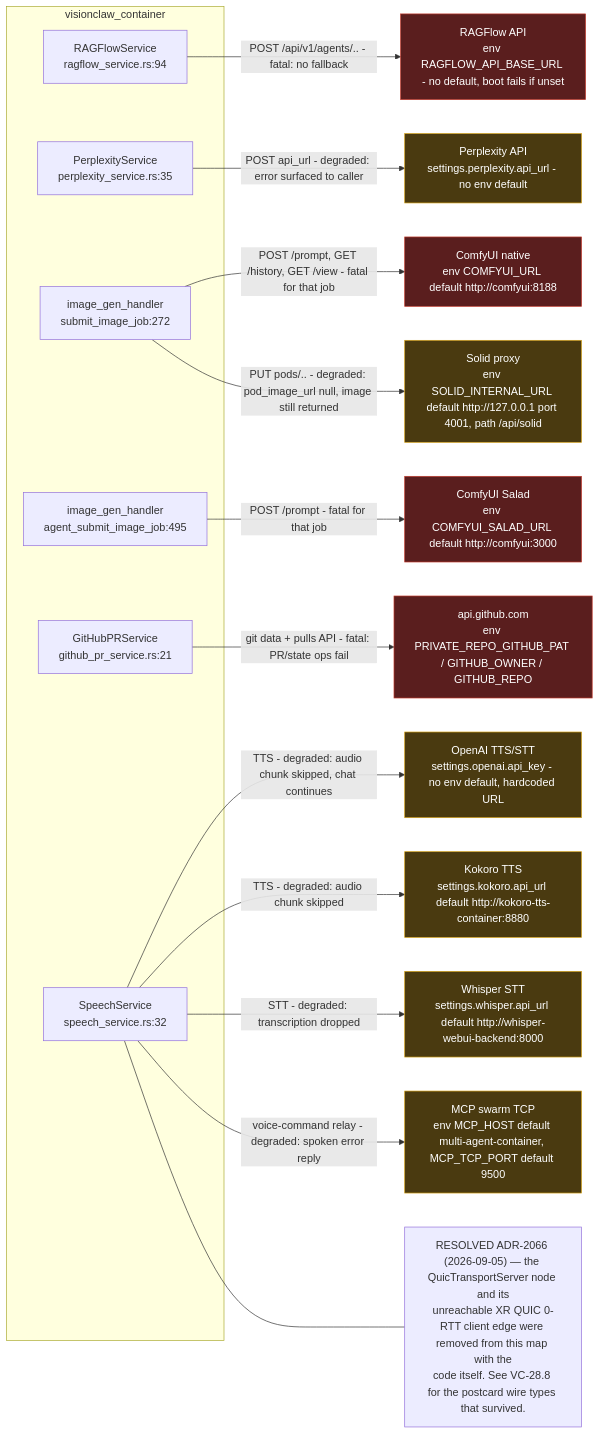
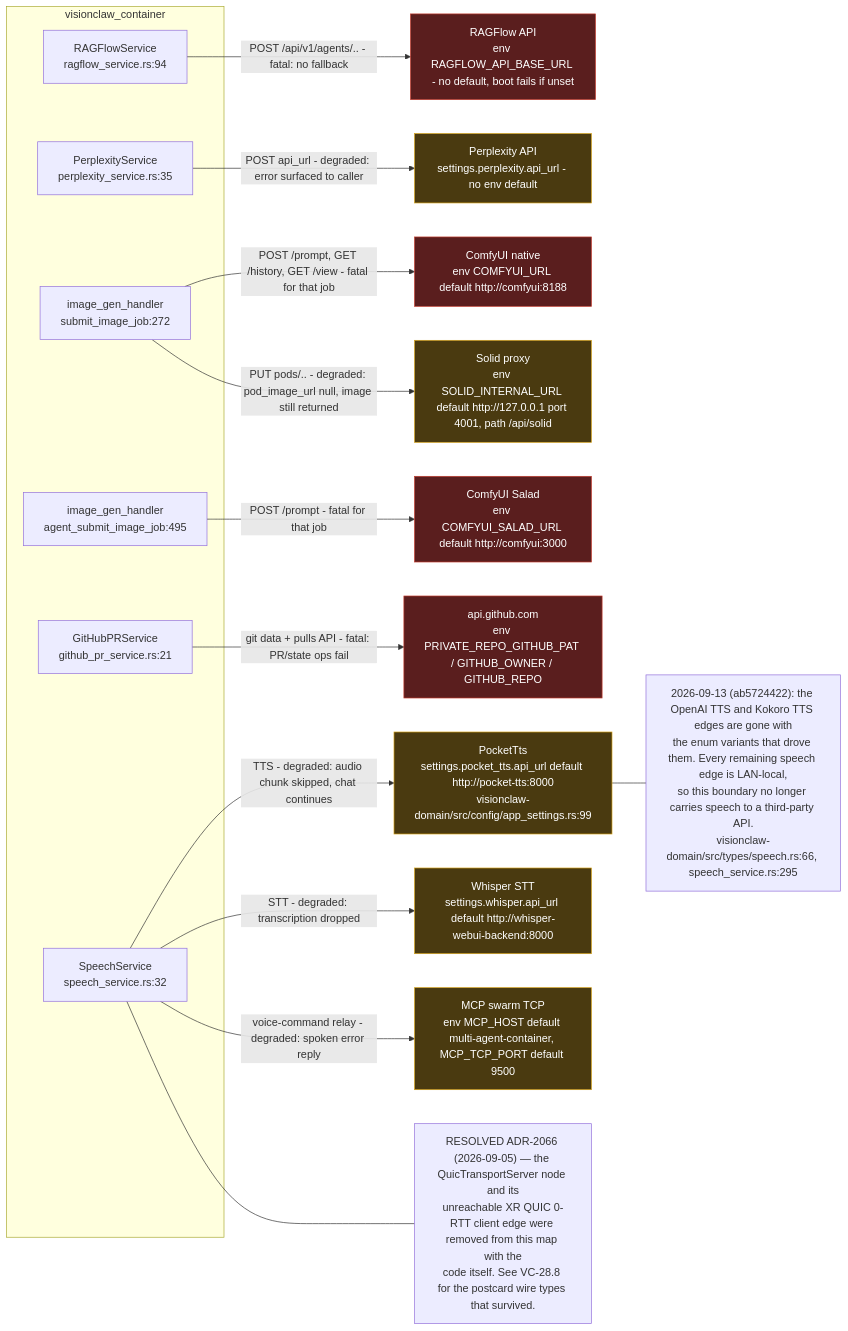
One commit to DreamLab-AI/VisionFlow changed the ninth of 9 diagrams in docs/diagrams/visionclaw/28-external-services.md. Above: the diagram before and after it, drawn with Mermaid. The commit also changed other lines of this file and 32 other files, not shown here.

````diff
--- a/docs/diagrams/visionclaw/28-external-services.md
+++ b/docs/diagrams/visionclaw/28-external-services.md
@@ -406,41 +403,41 @@
 ```mermaid
 flowchart LR
     subgraph app["visionclaw_container"]
         RS["RAGFlowService<br/>ragflow_service.rs:94"]
         PS["PerplexityService<br/>perplexity_service.rs:35"]
         IG["image_gen_handler<br/>submit_image_job:272"]
         AG["image_gen_handler<br/>agent_submit_image_job:495"]
         GH["GitHubPRService<br/>github_pr_service.rs:21"]
         SS["SpeechService<br/>speech_service.rs:32"]
     end
 
     RF["RAGFlow API<br/>env RAGFLOW_API_BASE_URL - no default, boot fails if unset"]
     PX["Perplexity API<br/>settings.perplexity.api_url - no env default"]
     CFU["ComfyUI native<br/>env COMFYUI_URL default http://comfyui:8188"]
     CFS["ComfyUI Salad<br/>env COMFYUI_SALAD_URL default http://comfyui:3000"]
     SOL["Solid proxy<br/>env SOLID_INTERNAL_URL default http://127.0.0.1 port 4001, path /api/solid"]
     GHA["api.github.com<br/>env PRIVATE_REPO_GITHUB_PAT / GITHUB_OWNER / GITHUB_REPO"]
-    OAI["OpenAI TTS/STT<br/>settings.openai.api_key - no env default, hardcoded URL"]
-    KOK["Kokoro TTS<br/>settings.kokoro.api_url default http://kokoro-tts-container:8880"]
+    PT["PocketTts<br/>settings.pocket_tts.api_url default http://pocket-tts:8000<br/>visionclaw-domain/src/config/app_settings.rs:99"]
     WHI["Whisper STT<br/>settings.whisper.api_url default http://whisper-webui-backend:8000"]
     MCPS["MCP swarm TCP<br/>env MCP_HOST default multi-agent-container, MCP_TCP_PORT default 9500"]
 
     RS -->|"POST /api/v1/agents/.. - fatal: no fallback"| RF
     PS -->|"POST api_url - degraded: error surfaced to caller"| PX
     IG -->|"POST /prompt, GET /history, GET /view - fatal for that job"| CFU
     AG -->|"POST /prompt - fatal for that job"| CFS
     IG -->|"PUT pods/.. - degraded: pod_image_url null, image still returned"| SOL
     GH -->|"git data + pulls API - fatal: PR/state ops fail"| GHA
-    SS -->|"TTS - degraded: audio chunk skipped, chat continues"| OAI
-    SS -->|"TTS - degraded: audio chunk skipped"| KOK
+    SS -->|"TTS - degraded: audio chunk skipped, chat continues"| PT
     SS -->|"STT - degraded: transcription dropped"| WHI
     SS -->|"voice-command relay - degraded: spoken error reply"| MCPS
 
     N1["RESOLVED ADR-2066 (2026-09-05) — the QuicTransportServer node and its<br/>unreachable XR QUIC 0-RTT client edge were removed from this map with the<br/>code itself. See VC-28.8 for the postcard wire types that survived."]
     SS --- N1
+    N2["2026-09-13 (ab5724422): the OpenAI TTS and Kokoro TTS edges are gone with<br/>the enum variants that drove them. Every remaining speech edge is LAN-local,<br/>so this boundary no longer carries speech to a third-party API.<br/>visionclaw-domain/src/types/speech.rs:66, speech_service.rs:295"]
+    PT --- N2
 
     classDef fatal fill:#5a1e1e,stroke:#c0392b,color:#fff
     classDef degraded fill:#4a3a10,stroke:#d4a017,color:#fff
     class RF,GHA,CFU,CFS fatal
-    class PX,SOL,OAI,KOK,WHI,MCPS degraded
+    class PX,SOL,PT,WHI,MCPS degraded
 ```
````
